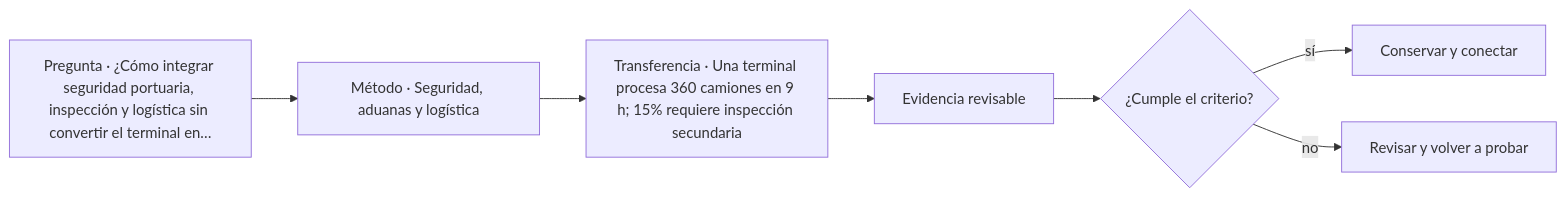
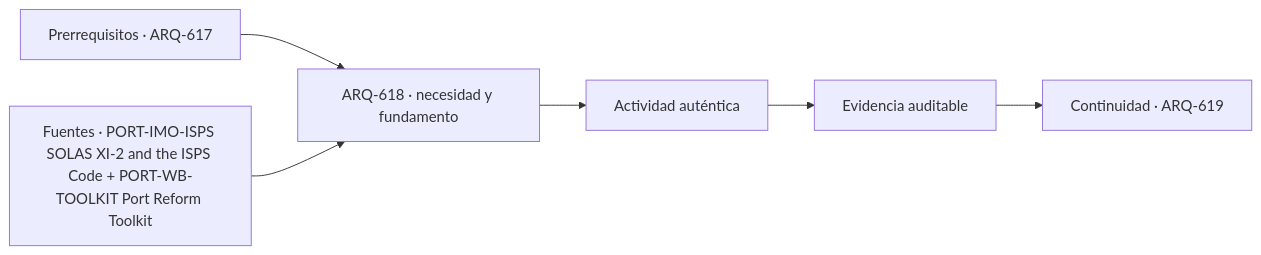
The diagram in classes/parte-62/ARQ-618.md (vladimiracunadev-create/architecture-built-environment-learning-program), drawn with Mermaid before and after one commit. The commit also changed other lines of this file and 761 other files, not shown here.

````diff
--- a/classes/parte-62/ARQ-618.md
+++ b/classes/parte-62/ARQ-618.md
@@ -111,9 +123,8 @@
 ```mermaid
 flowchart LR
-    Q["Pregunta · ¿Cómo integrar seguridad portuaria, inspección y logística sin convertir el terminal en…"] --> M["Método · Seguridad, aduanas y logística"]
-    M --> P["Transferencia · Una terminal procesa 360 camiones en 9 h; 15% requiere inspección secundaria"]
-    P --> E["Evidencia revisable"]
-    E --> C{"¿Cumple el criterio?"}
-    C -->|sí| T["Conservar y conectar"]
-    C -->|no| R["Revisar y volver a probar"]
+    A["Prerrequisitos · ARQ-617"] --> B["ARQ-618 · necesidad y fundamento"]
+    S["Fuentes · PORT-IMO-ISPS SOLAS XI-2 and the ISPS Code + PORT-WB-TOOLKIT Port Reform Toolkit"] --> B
+    B --> C["Actividad auténtica"]
+    C --> D["Evidencia auditable"]
+    D --> E["Continuidad · ARQ-619"]
 ```
````
